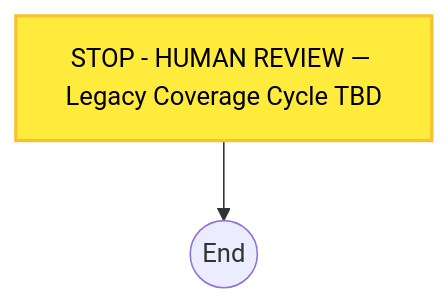
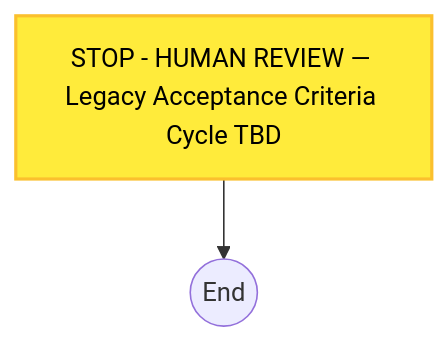
Before and after one commit to optivem/gh-optivem: diagram 11 of 11 in docs/process-diagram.md, drawn with Mermaid. The commit also changed other lines of this file and 23 other files, not shown here.

````diff
--- a/docs/process-diagram.md
+++ b/docs/process-diagram.md
@@ -265,10 +289,10 @@
 ```mermaid
 flowchart TD
     LEGACY_END((End))
-    LEGACY_TBD[STOP - HUMAN REVIEW — Legacy Coverage Cycle TBD]
+    LEGACY_TBD[STOP - HUMAN REVIEW — Legacy Acceptance Criteria Cycle TBD]
 
     LEGACY_TBD --> LEGACY_END
 
-    classDef humanReviewNode fill:#ffeb3b,stroke:#fbc02d,stroke-width:2px,color:#000
-    class LEGACY_TBD humanReviewNode
+    classDef humanNode fill:#ffeb3b,stroke:#fbc02d,stroke-width:2px,color:#000000
+    class LEGACY_TBD humanNode
 ```
````
